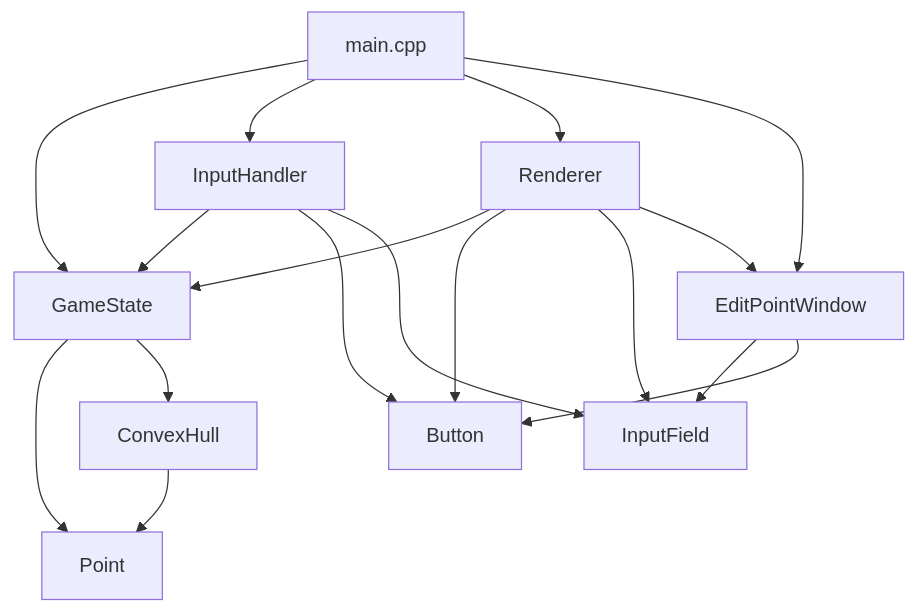
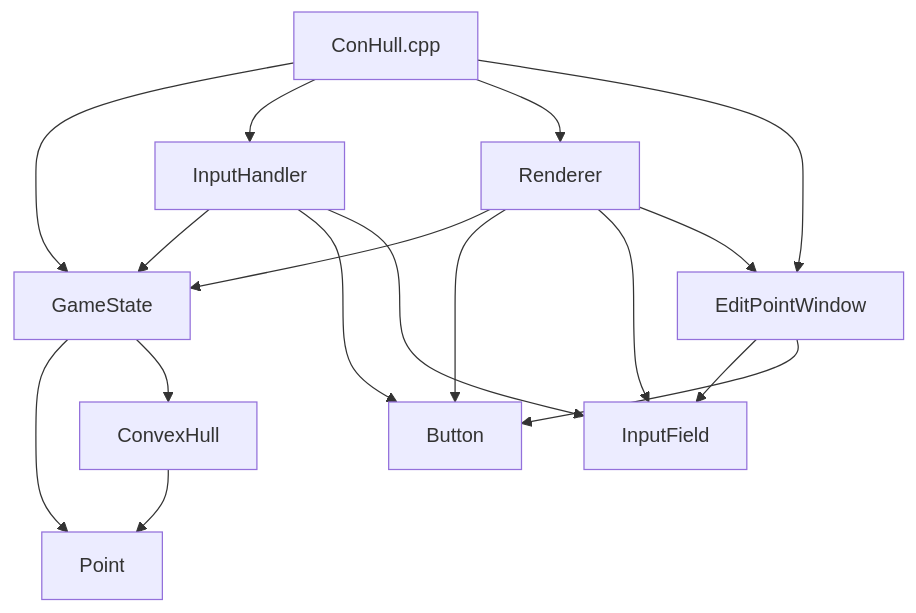
The diagram in README.md (a2004mk/Convex-Hull-SFML3), drawn with Mermaid before and after one commit. The commit also changed other lines of this file, not shown here.

````diff
--- a/README.md
+++ b/README.md
@@ -96,24 +97,24 @@
 ```mermaid
 graph TD
-    Main[main.cpp] --> State[GameState]
+    Main[ConHull.cpp] --> State[GameState]
     Main --> Input[InputHandler]
     Main --> Render[Renderer]
     Main --> EditWin[EditPointWindow]
     
     Input --> State
     Input --> Btn[Button]
     Input --> Field[InputField]
     
     Render --> State
     Render --> Btn
     Render --> Field
     Render --> EditWin
     
     EditWin --> Field
     EditWin --> Btn
     
     State --> Point[Point]
     State --> Hull[ConvexHull]
     
     Hull --> Point
 ```
````
